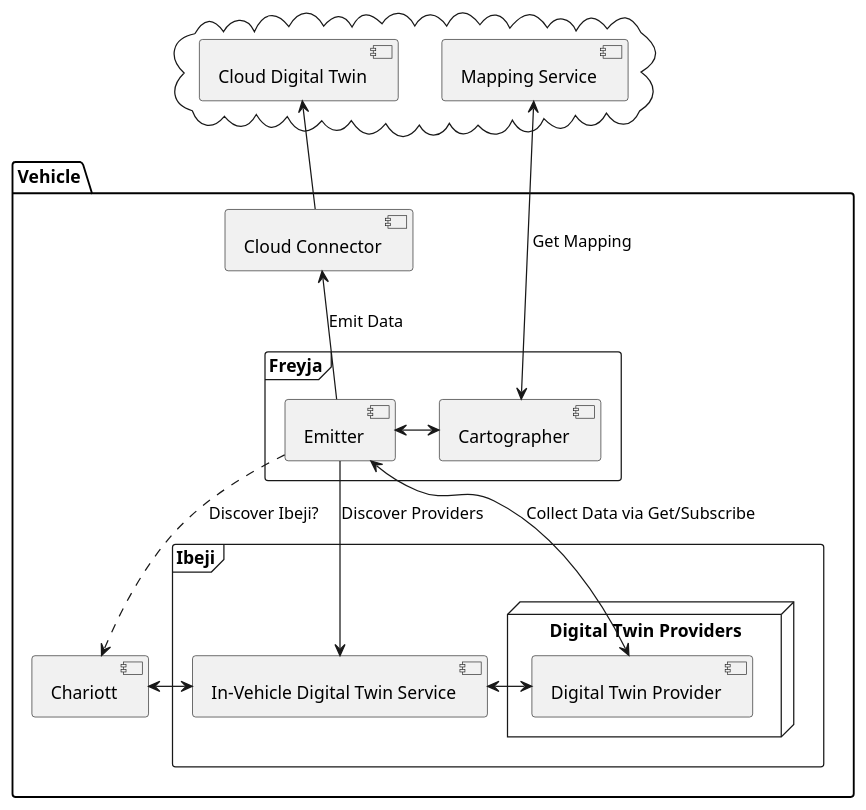
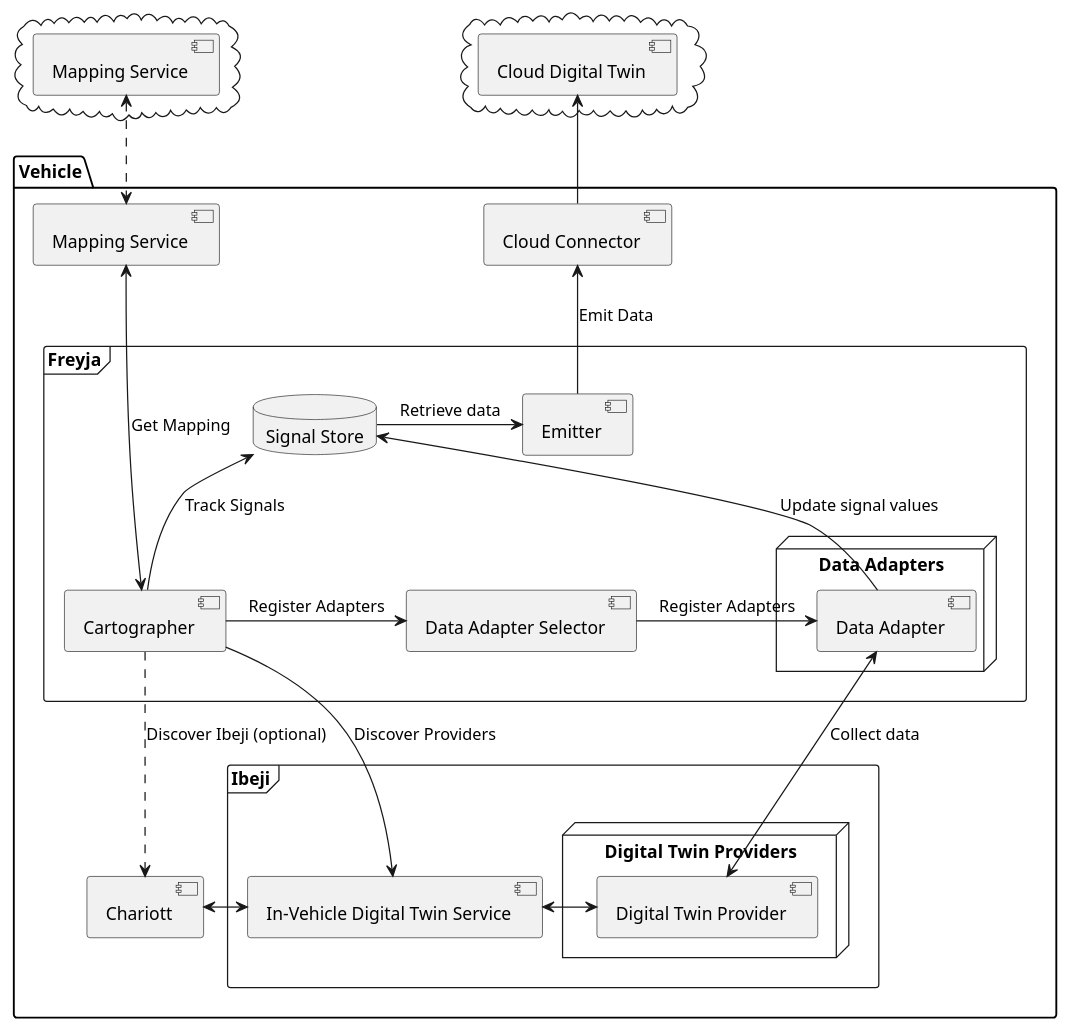
Before and after one commit to eclipse-ibeji/freyja: the diagram in docs/diagrams/freyja_components.puml, drawn with PlantUML. The commit also changed 15 other files, not shown here.

First line of the commit message:
Update diagrams and remove some unnecessary docs (#118)

```diff
--- a/docs/diagrams/freyja_components.puml
+++ b/docs/diagrams/freyja_components.puml
@@ -1,36 +1,50 @@
 @startuml
 
 cloud {
+    [Mapping Service] as cloudMappingSvc
+}
+
+cloud {
     [Cloud Digital Twin]
-    [Mapping Service]
 }
 
 package "Vehicle" {
     frame "Freyja" {
         [Cartographer]
         [Emitter]
+        database "Signal Store"
+        [Data Adapter Selector]
+        node "Data Adapters" {
+            [Data Adapter] as data_adapter
+        }
     }
 
     [Chariott]
 
     frame "Ibeji" {
         [In-Vehicle Digital Twin Service] as ivdts
         node "Digital Twin Providers" {
             [Digital Twin Provider] as provider
         }
     }
 
     [Cloud Connector]
+    [Mapping Service] as ivMappingSvc
 }
 
-[Cartographer] <-l-> [Emitter]
 [Emitter] -u-> [Cloud Connector] : Emit Data
-[Cartographer] <-u-> [Mapping Service] : Get Mapping
+[Cartographer] <-[norank]-> [ivMappingSvc] : Get Mapping
+[ivMappingSvc] <.u.> [cloudMappingSvc]
 [Cloud Connector] -u-> [Cloud Digital Twin]
-[Emitter] .d.> [Chariott] : Discover Ibeji?
-[Emitter] -d-> [ivdts] : Discover Providers
-[Emitter] <-d-> [provider] : Collect Data via Get/Subscribe
+[Cartographer] .d.> [Chariott] : Discover Ibeji (optional)
+[Cartographer] -d-> [ivdts] : Discover Providers
+[Cartographer] -u-> [Signal Store] : Track Signals
+[Cartographer] -r-> [Data Adapter Selector] : Register Adapters
+[Data Adapter Selector] -r-> [data_adapter] : Register Adapters
+[data_adapter] <-d-> [provider] : Collect data
+[data_adapter] -u-> [Signal Store] : Update signal values
+[Emitter] <-l- [Signal Store] : Retrieve data
 [Chariott] <-r-> [ivdts]
 [ivdts] <-r-> [provider]
 
 @enduml
```
